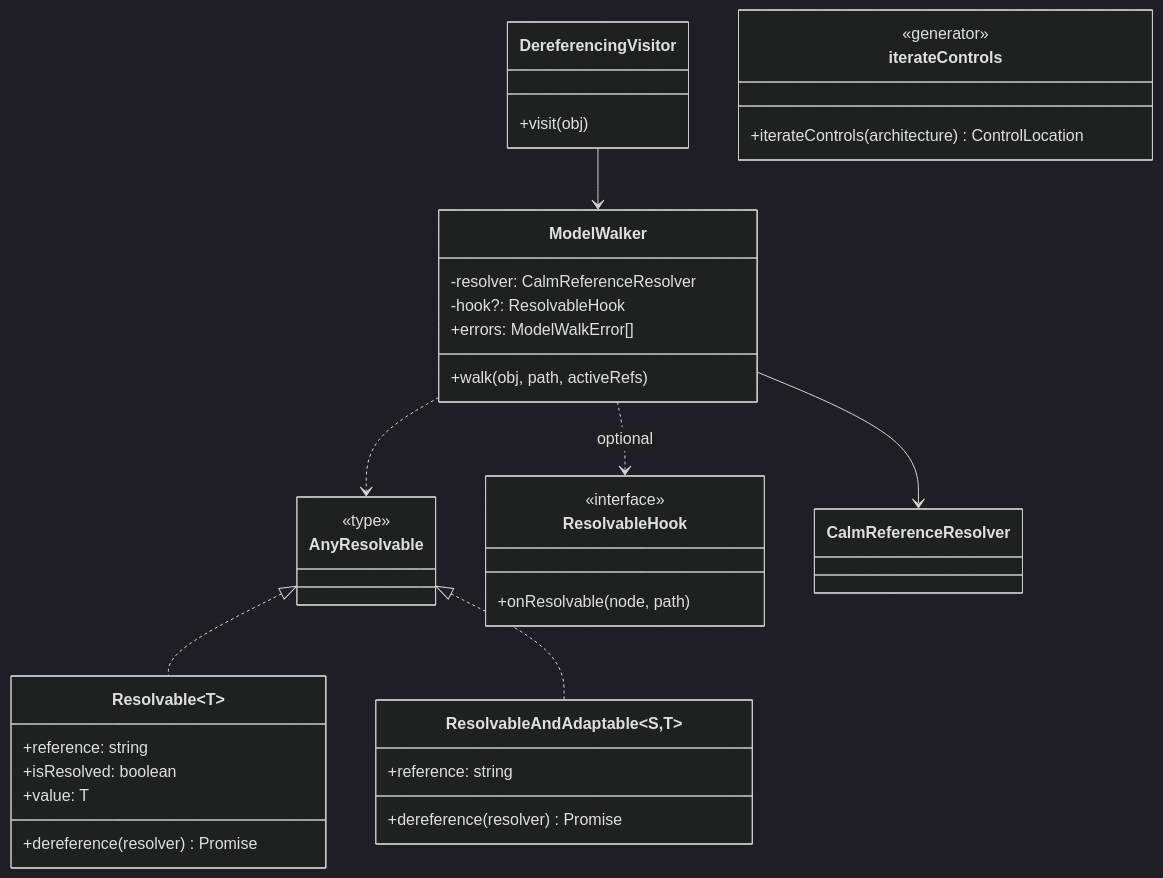
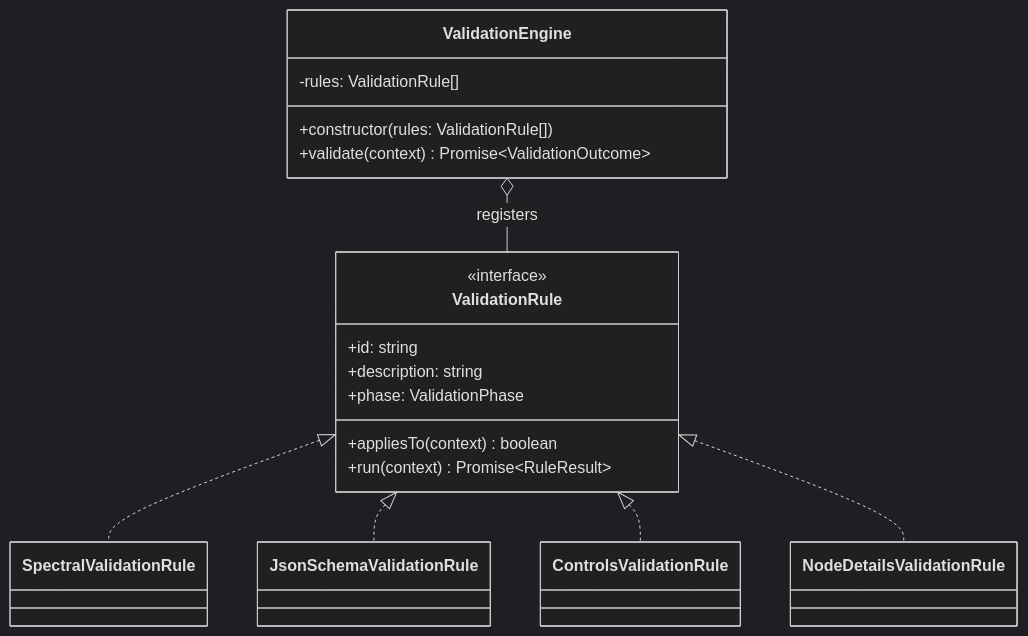
The first of 5 diagrams in shared/src/commands/validate/VALIDATION_DESIGN.md (LeighFinegold/architecture-as-code), drawn with Mermaid (dark theme) before and after one commit. The commit also changed other lines of this file, not shown here.

First line of the commit message:
docs(shared): add validation design open questions

````diff
--- a/shared/src/commands/validate/VALIDATION_DESIGN.md
+++ b/shared/src/commands/validate/VALIDATION_DESIGN.md
@@ -141,39 +72,26 @@
 ```mermaid
 classDiagram
-    class Resolvable~T~ {
-        +reference: string
-        +isResolved: boolean
-        +value: T
-        +dereference(resolver) Promise
+    class ValidationEngine {
+        -rules: ValidationRule[]
+        +constructor(rules: ValidationRule[])
+        +validate(context) Promise~ValidationOutcome~
     }
-    class ResolvableAndAdaptable~S,T~ {
-        +reference: string
-        +dereference(resolver) Promise
+    class ValidationRule {
+        <<interface>>
+        +id: string
+        +description: string
+        +phase: ValidationPhase
+        +appliesTo(context) boolean
+        +run(context) Promise~RuleResult~
     }
-    class AnyResolvable {
-        <<type>>
-    }
-    class ModelWalker {
-        -resolver: CalmReferenceResolver
-        -hook?: ResolvableHook
-        +errors: ModelWalkError[]
-        +walk(obj, path, activeRefs)
-    }
-    class ResolvableHook {
-        <<interface>>
-        +onResolvable(node, path)
-    }
-    class DereferencingVisitor {
-        +visit(obj)
-    }
-    class iterateControls {
-        <<generator>>
-        +iterateControls(architecture) ControlLocation
-    }
-    AnyResolvable <|.. Resolvable
-    AnyResolvable <|.. ResolvableAndAdaptable
-    ModelWalker --> CalmReferenceResolver
-    ModelWalker ..> ResolvableHook : optional
-    ModelWalker ..> AnyResolvable
-    DereferencingVisitor --> ModelWalker
+    class SpectralValidationRule
+    class JsonSchemaValidationRule
+    class ControlsValidationRule
+    class NodeDetailsValidationRule
+
+    ValidationEngine o-- ValidationRule : registers
+    ValidationRule <|.. SpectralValidationRule
+    ValidationRule <|.. JsonSchemaValidationRule
+    ValidationRule <|.. ControlsValidationRule
+    ValidationRule <|.. NodeDetailsValidationRule
 ```
````
